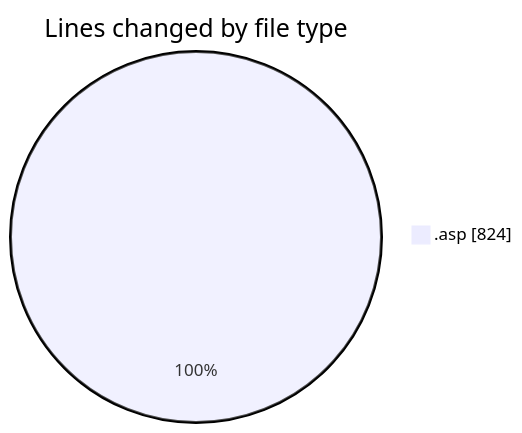
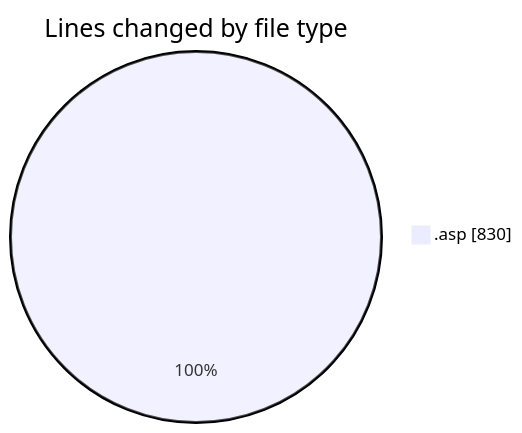
The first of 2 diagrams in 2025-10-28/usr_aleoudev_fr__workspace_/README.md (julien-gomy/code-tracking), drawn with Mermaid before and after one commit. The commit also changed other lines of this file and 1 other file, not shown here.

````diff
--- a/2025-10-28/usr_aleoudev_fr__workspace_/README.md
+++ b/2025-10-28/usr_aleoudev_fr__workspace_/README.md
@@ -23,5 +23,5 @@
 ```mermaid
 pie showData
 title Lines changed by file type
-".asp" : 824
+".asp" : 830
 ```
````
